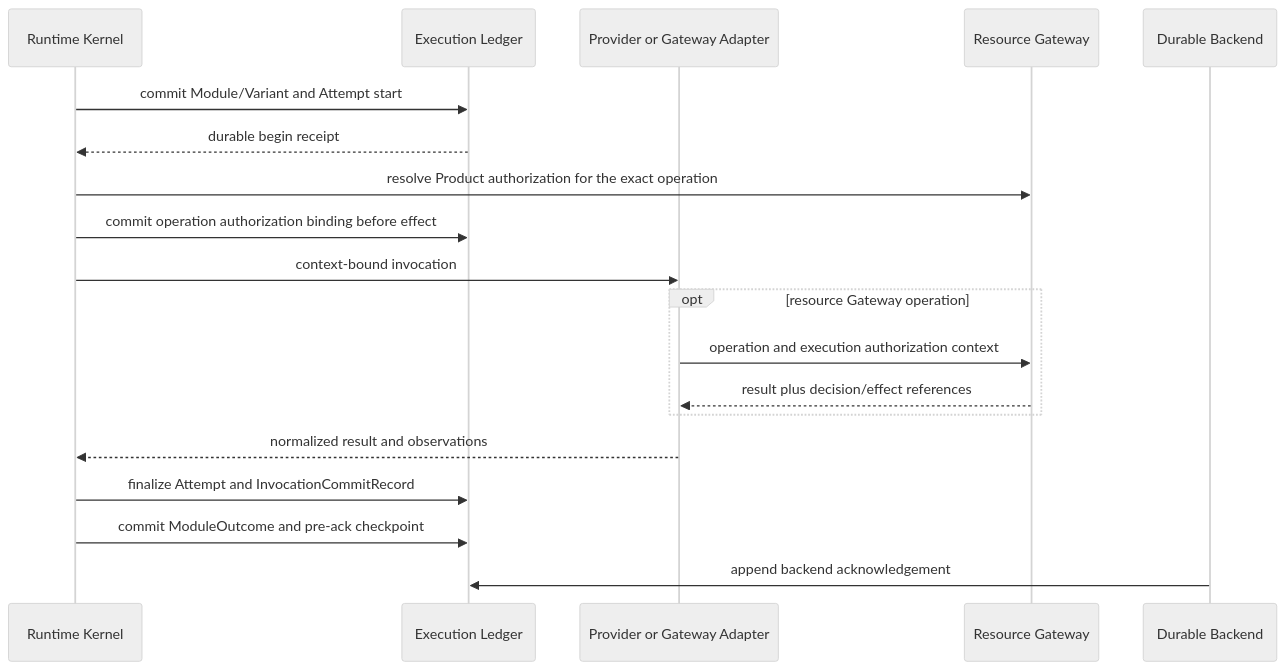
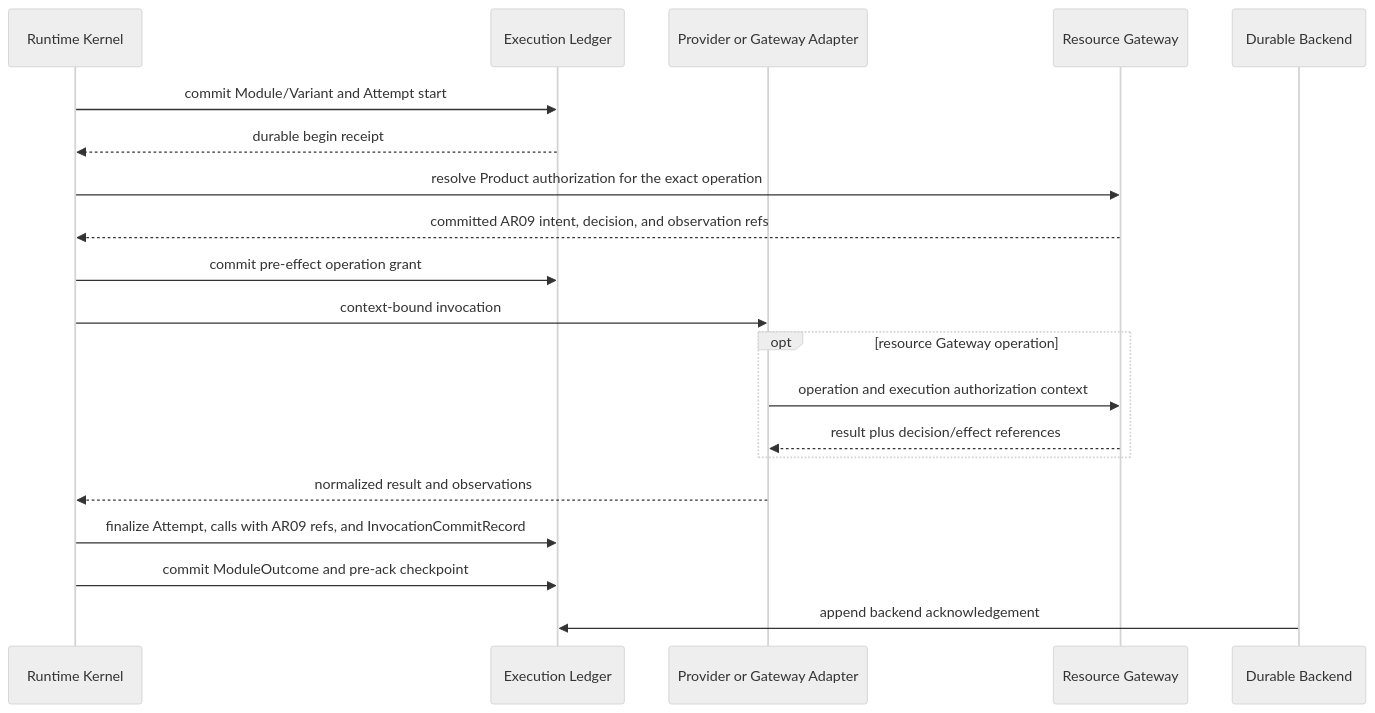
One commit to bobaoai/agent_runtime changed the fourth of 4 diagrams in designDoc/agent_runtime_06_standalone_package_and_lifecycle_contract.md. Above: the diagram before and after it, drawn with Mermaid (neutral theme). The commit also changed other lines of this file and 8 other files, not shown here.

````diff
--- a/designDoc/agent_runtime_06_standalone_package_and_lifecycle_contract.md
+++ b/designDoc/agent_runtime_06_standalone_package_and_lifecycle_contract.md
@@ -437,22 +437,23 @@
 ```mermaid
 sequenceDiagram
     participant kernel as Runtime Kernel
     participant ledger as Execution Ledger
     participant adapter as Provider or Gateway Adapter
     participant gateway as Resource Gateway
     participant backend as Durable Backend
 
     kernel->>ledger: commit Module/Variant and Attempt start
     ledger-->>kernel: durable begin receipt
     kernel->>gateway: resolve Product authorization for the exact operation
-    kernel->>ledger: commit operation authorization binding before effect
+    gateway-->>kernel: committed AR09 intent, decision, and observation refs
+    kernel->>ledger: commit pre-effect operation grant
     kernel->>adapter: context-bound invocation
     opt resource Gateway operation
         adapter->>gateway: operation and execution authorization context
         gateway-->>adapter: result plus decision/effect references
     end
     adapter-->>kernel: normalized result and observations
-    kernel->>ledger: finalize Attempt and InvocationCommitRecord
+    kernel->>ledger: finalize Attempt, calls with AR09 refs, and InvocationCommitRecord
     kernel->>ledger: commit ModuleOutcome and pre-ack checkpoint
     backend->>ledger: append backend acknowledgement
 ```
````
